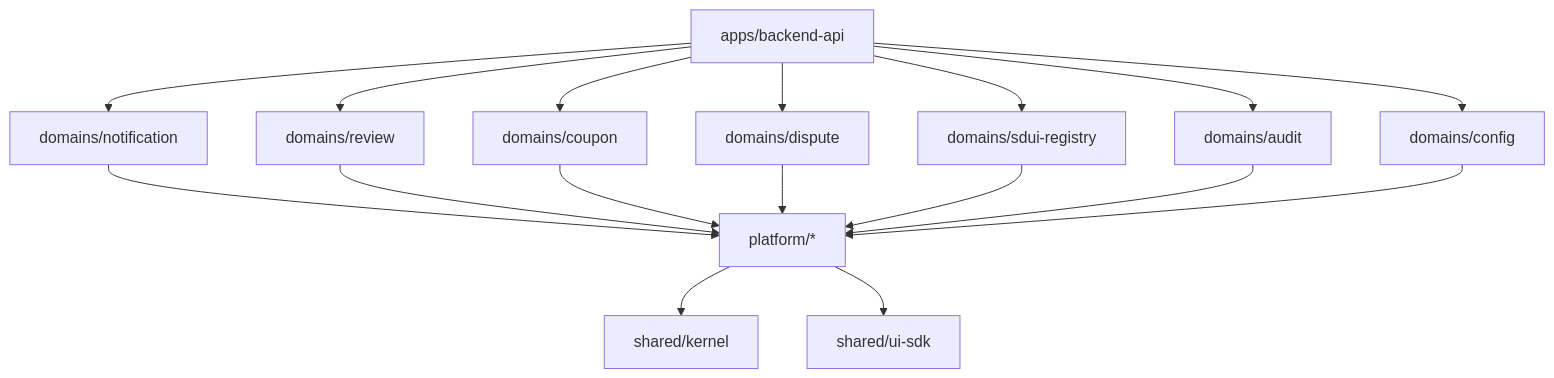
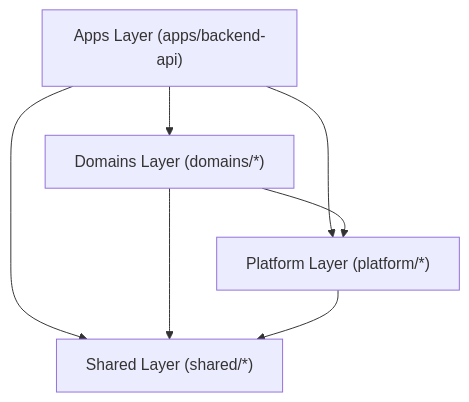
One commit to LalitDev2305/CarBroz-Customer-Backend changed the diagram in docs/migration/dependency_analysis.md. Above: the diagram before and after it, drawn with Mermaid. The commit also changed other lines of this file and 31 other files, not shown here.

Commit message:
refactor(m5): prune legacy repositories and finalize architecture stabilization

````diff
--- a/docs/migration/dependency_analysis.md
+++ b/docs/migration/dependency_analysis.md
@@ -5,21 +7,9 @@
 ```mermaid
 graph TD
-    Apps["apps/backend-api"] --> Notification["domains/notification"]
-    Apps --> Review["domains/review"]
-    Apps --> Coupon["domains/coupon"]
-    Apps --> Dispute["domains/dispute"]
-    Apps --> SduiRegistry["domains/sdui-registry"]
-    Apps --> Audit["domains/audit"]
-    Apps --> Config["domains/config"]
-
-    Notification --> Platform["platform/*"]
-    Review --> Platform
-    Coupon --> Platform
-    Dispute --> Platform
-    SduiRegistry --> Platform
-    Audit --> Platform
-    Config --> Platform
-
-    Platform --> SharedKernel["shared/kernel"]
-    Platform --> SharedUiSdk["shared/ui-sdk"]
+    Apps["Apps Layer (apps/backend-api)"] --> Domains["Domains Layer (domains/*)"]
+    Apps --> Platform["Platform Layer (platform/*)"]
+    Apps --> Shared["Shared Layer (shared/*)"]
+    Domains --> Platform
+    Domains --> Shared
+    Platform --> Shared
 ```
````
